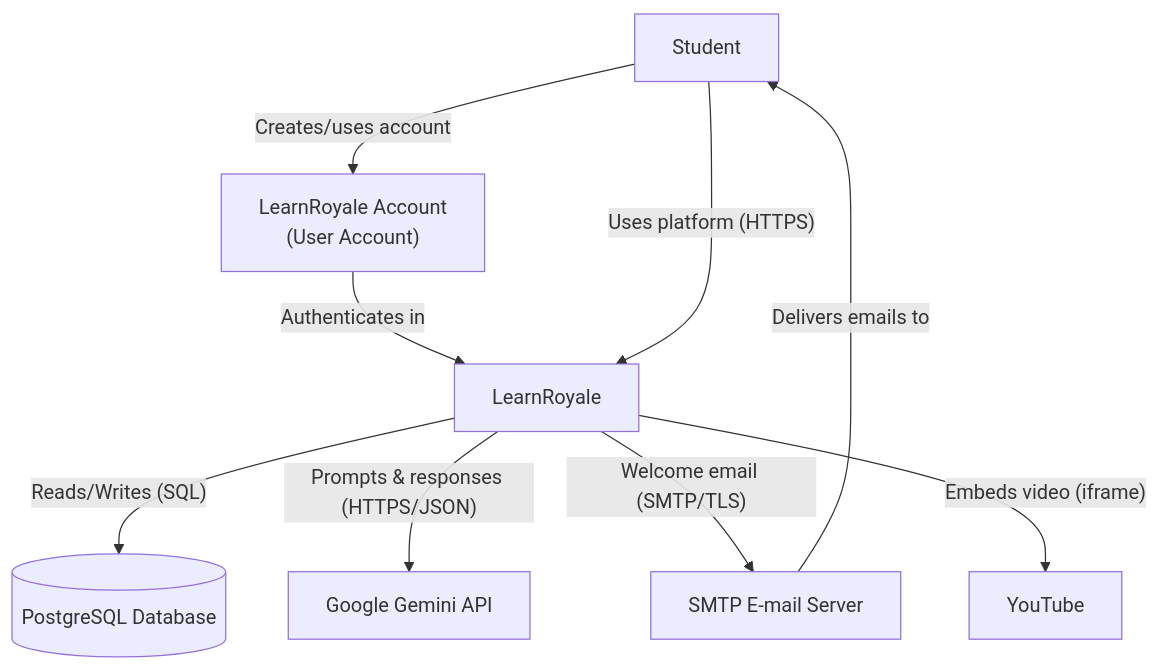
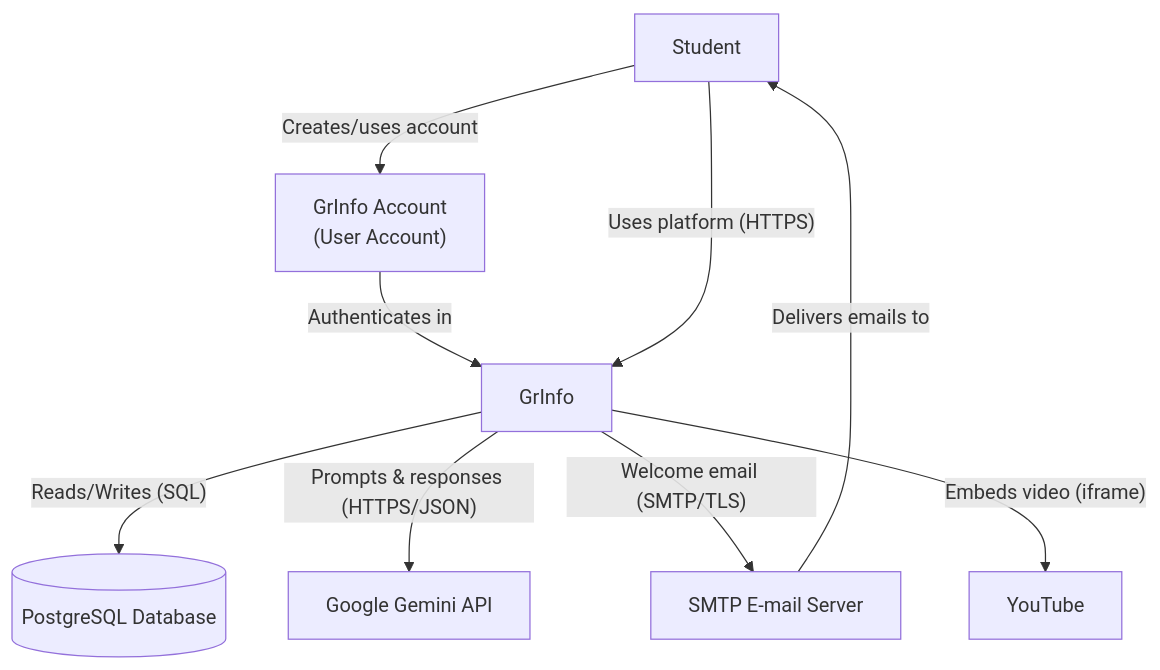
The first of 2 diagrams in README.md (LetMeCode01/GrInfo), drawn with Mermaid before and after one commit. The commit also changed other lines of this file and 5 other files, not shown here.

````diff
--- a/README.md
+++ b/README.md
@@ -191,19 +191,19 @@
 ```mermaid
 flowchart TB
    student["Student"]
-   account["LearnRoyale Account\n(User Account)"]
-   learnroyale["LearnRoyale"]
+    account["GrInfo Account\n(User Account)"]
+    grinfo["GrInfo"]
    db[("PostgreSQL Database")]
    gemini["Google Gemini API"]
    smtp["SMTP E-mail Server"]
    yt["YouTube"]
 
-   student -->|"Creates/uses account"| account
-   account -->|"Authenticates in"| learnroyale
-   student -->|"Uses platform (HTTPS)"| learnroyale
-   learnroyale -->|"Reads/Writes (SQL)"| db
-   learnroyale -->|"Prompts & responses (HTTPS/JSON)"| gemini
-   learnroyale -->|"Welcome email (SMTP/TLS)"| smtp
+    student -->|"Creates/uses account"| account
+    account -->|"Authenticates in"| grinfo
+    student -->|"Uses platform (HTTPS)"| grinfo
+    grinfo -->|"Reads/Writes (SQL)"| db
+    grinfo -->|"Prompts & responses (HTTPS/JSON)"| gemini
+    grinfo -->|"Welcome email (SMTP/TLS)"| smtp
    smtp -->|"Delivers emails to"| student
-   learnroyale -->|"Embeds video (iframe)"| yt
+    grinfo -->|"Embeds video (iframe)"| yt
 ```
````
